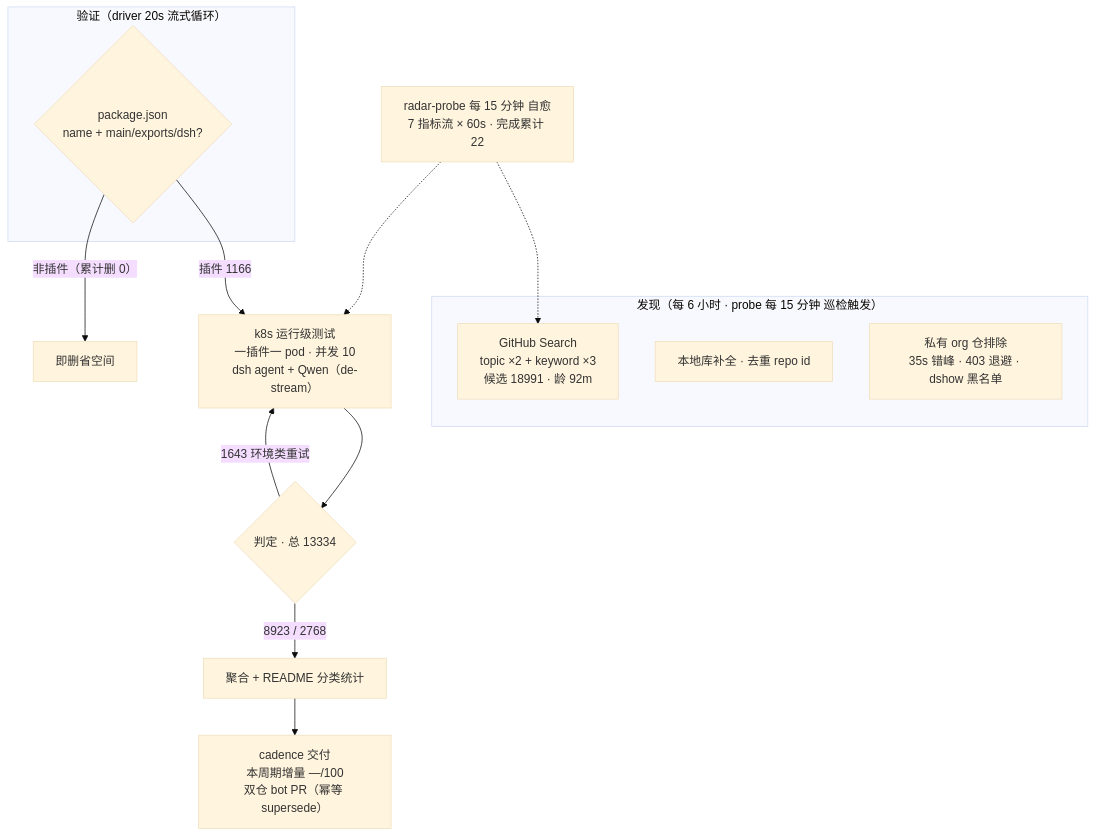
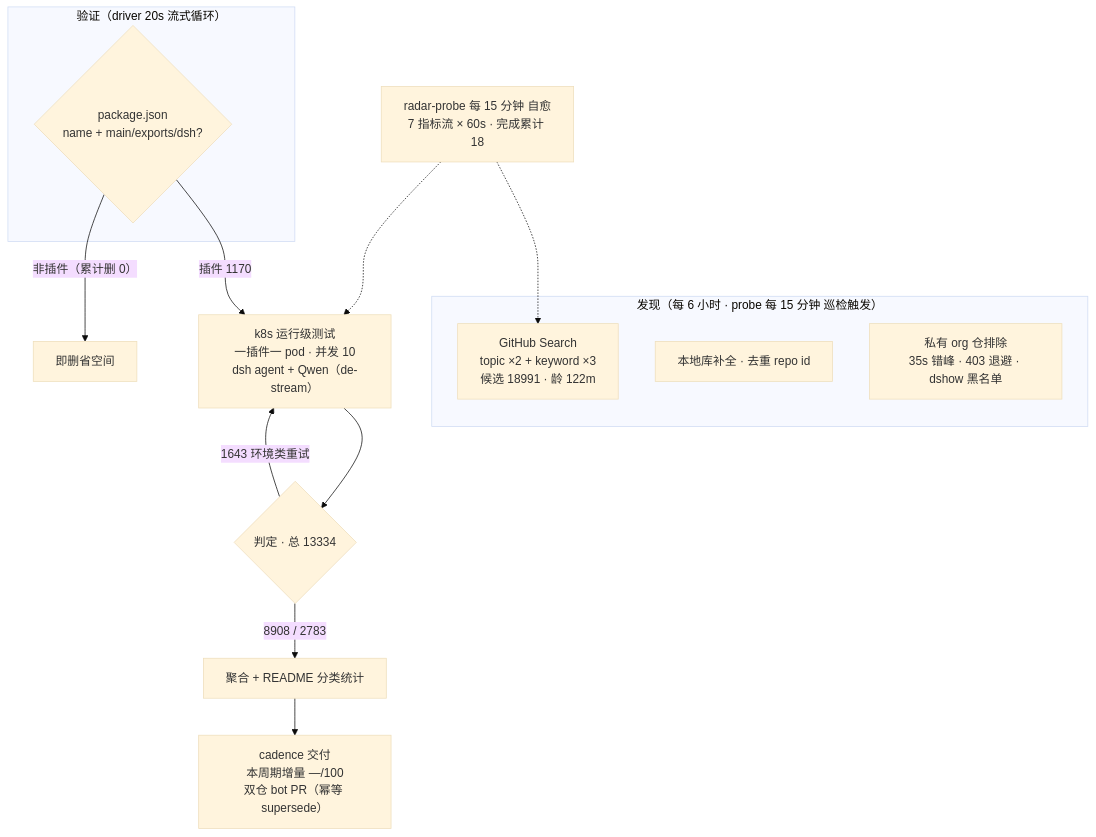
One commit to Zhidao-Lab-OSS/awesome-dsh-plugins changed the diagram in README.md. Above: the diagram before and after it, drawn with Mermaid (base theme). The commit also changed other lines of this file and 1 other file, not shown here.

````diff
--- a/README.md
+++ b/README.md
@@ -56,20 +57,20 @@
 ```mermaid
 flowchart TB
     subgraph Discovery["发现（每 6 小时 · probe 每 15 分钟 巡检触发）"]
-        A1["GitHub Search<br/>topic ×2 + keyword ×3<br/>候选 18991 · 龄 92m"]
+        A1["GitHub Search<br/>topic ×2 + keyword ×3<br/>候选 18991 · 龄 122m"]
         A2["本地库补全 · 去重 repo id"]
         A3["私有 org 仓排除<br/>35s 错峰 · 403 退避 · dshow 黑名单"]
     end
     subgraph Validation["验证（driver 20s 流式循环）"]
         B1{"package.json<br/>name + main/exports/dsh?"}
     end
-    B1 -->|"插件 1166"| C1["k8s 运行级测试<br/>一插件一 pod · 并发 10<br/>dsh agent + Qwen（de-stream）"]
+    B1 -->|"插件 1170"| C1["k8s 运行级测试<br/>一插件一 pod · 并发 10<br/>dsh agent + Qwen（de-stream）"]
     B1 -->|"非插件（累计删 0）"| B3["即删省空间"]
     C1 --> D1{"判定 · 总 13334"}
-    D1 -->|"8923 / 2768"| E1["聚合 + README 分类统计"]
+    D1 -->|"8908 / 2783"| E1["聚合 + README 分类统计"]
     D1 -->|"1643 环境类重试"| C1
     E1 --> E2["cadence 交付<br/>本周期增量 —/100<br/>双仓 bot PR（幂等 supersede）"]
-    M["radar-probe 每 15 分钟 自愈<br/>7 指标流 × 60s · 完成累计 22"]
+    M["radar-probe 每 15 分钟 自愈<br/>7 指标流 × 60s · 完成累计 18"]
     M -.-> A1
     M -.-> C1
 ```
````
